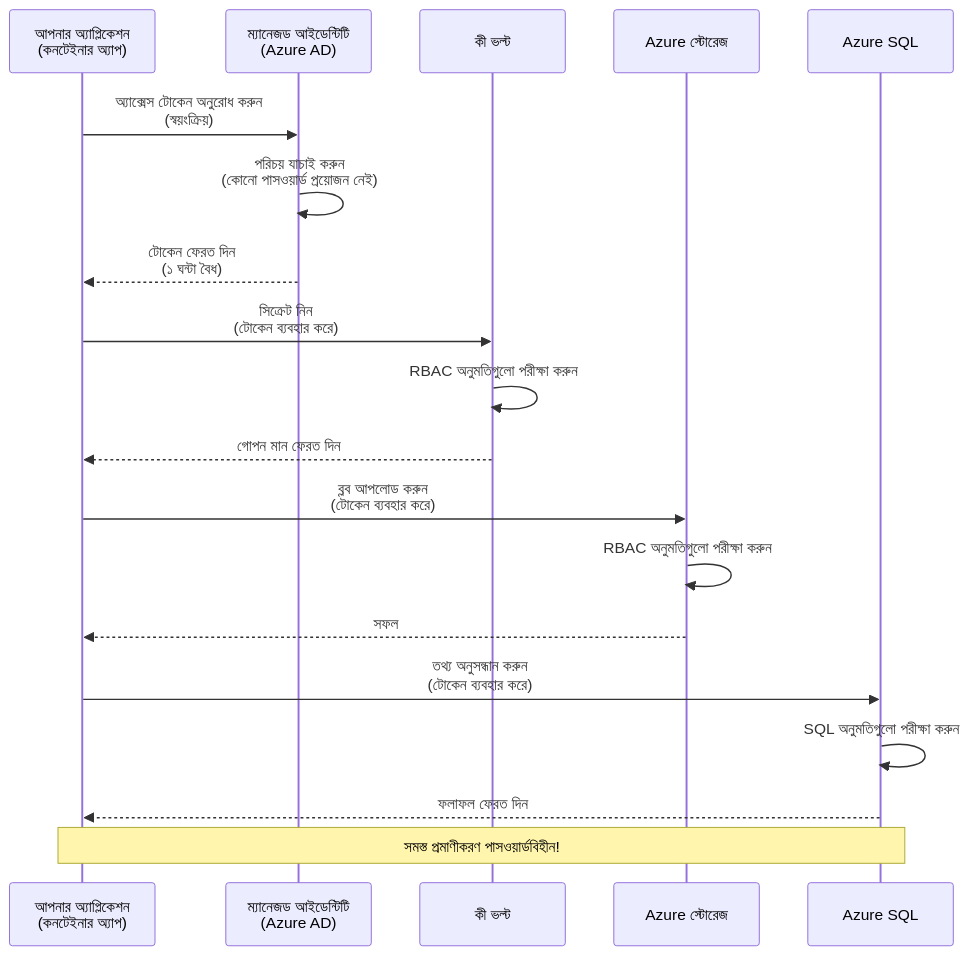
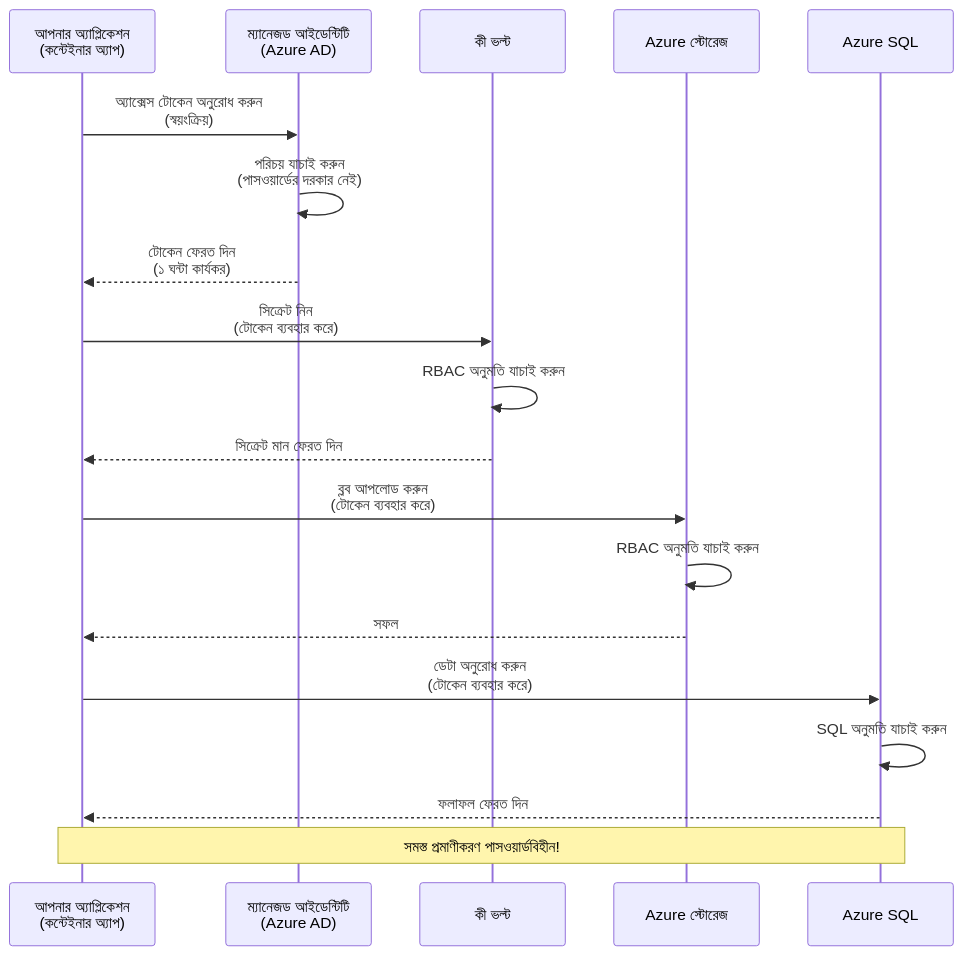
The first of 2 diagrams in translations/bn/docs/chapter-03-configuration/authsecurity.md (microsoft/AZD-for-beginners), drawn with Mermaid before and after one commit. The commit also changed other lines of this file and 101 other files, not shown here.

````diff
--- a/translations/bn/docs/chapter-03-configuration/authsecurity.md
+++ b/translations/bn/docs/chapter-03-configuration/authsecurity.md
@@ -69,26 +69,26 @@
 ```mermaid
 sequenceDiagram
-    participant App as আপনার অ্যাপ্লিকেশন<br/>(কনটেইনার অ্যাপ)
+    participant App as আপনার অ্যাপ্লিকেশন<br/>(কন্টেইনার অ্যাপ)
     participant MI as ম্যানেজড আইডেন্টিটি<br/>(Azure AD)
     participant KV as কী ভল্ট
     participant Storage as Azure স্টোরেজ
     participant DB as Azure SQL
     
     App->>MI: অ্যাক্সেস টোকেন অনুরোধ করুন<br/>(স্বয়ংক্রিয়)
-    MI->>MI: পরিচয় যাচাই করুন<br/>(কোনো পাসওয়ার্ড প্রয়োজন নেই)
-    MI-->>App: টোকেন ফেরত দিন<br/>(১ ঘন্টা বৈধ)
+    MI->>MI: পরিচয় যাচাই করুন<br/>(পাসওয়ার্ডের দরকার নেই)
+    MI-->>App: টোকেন ফেরত দিন<br/>(১ ঘন্টা কার্যকর)
     
     App->>KV: সিক্রেট নিন<br/>(টোকেন ব্যবহার করে)
-    KV->>KV: RBAC অনুমতিগুলো পরীক্ষা করুন
-    KV-->>App: গোপন মান ফেরত দিন
+    KV->>KV: RBAC অনুমতি যাচাই করুন
+    KV-->>App: সিক্রেট মান ফেরত দিন
     
     App->>Storage: ব্লব আপলোড করুন<br/>(টোকেন ব্যবহার করে)
-    Storage->>Storage: RBAC অনুমতিগুলো পরীক্ষা করুন
+    Storage->>Storage: RBAC অনুমতি যাচাই করুন
     Storage-->>App: সফল
     
-    App->>DB: তথ্য অনুসন্ধান করুন<br/>(টোকেন ব্যবহার করে)
-    DB->>DB: SQL অনুমতিগুলো পরীক্ষা করুন
+    App->>DB: ডেটা অনুরোধ করুন<br/>(টোকেন ব্যবহার করে)
+    DB->>DB: SQL অনুমতি যাচাই করুন
     DB-->>App: ফলাফল ফেরত দিন
     
     Note over App,DB: সমস্ত প্রমাণীকরণ পাসওয়ার্ডবিহীন!
 ```
````
